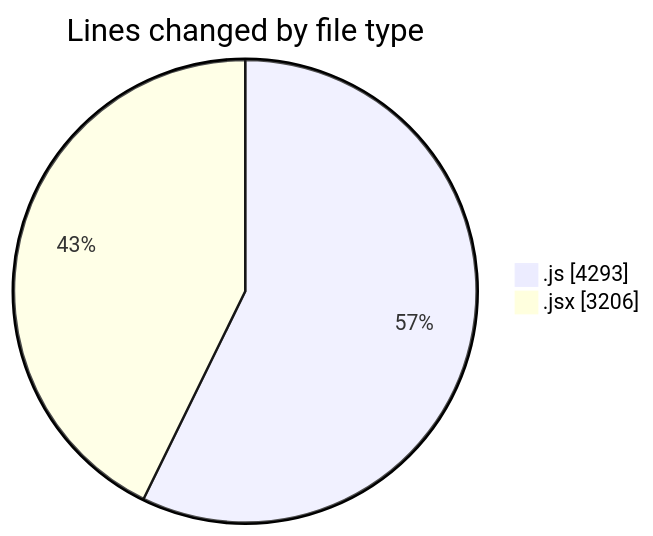
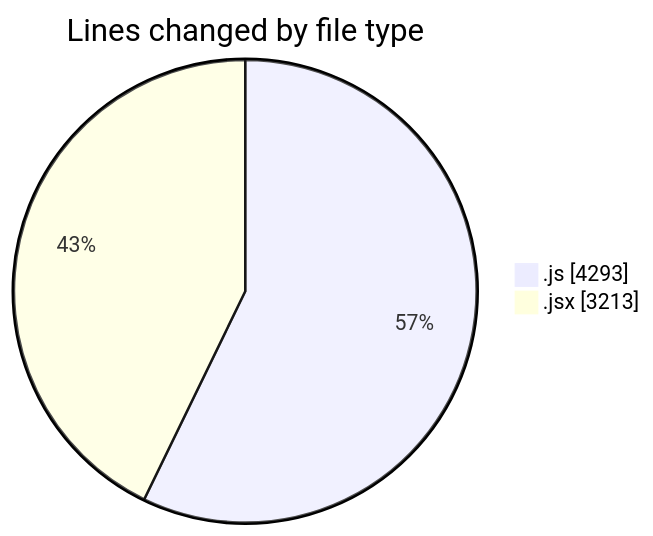
Before and after one commit to nxtqubesakshisongat/code-tracking: the first of 2 diagrams in 2025-12-29/nxtqube_webapp/README.md, drawn with Mermaid. The commit also changed other lines of this file and 1 other file, not shown here.

````diff
--- a/2025-12-29/nxtqube_webapp/README.md
+++ b/2025-12-29/nxtqube_webapp/README.md
@@ -24,6 +24,6 @@
 ```mermaid
 pie showData
 title Lines changed by file type
 ".js" : 4293
-".jsx" : 3206
+".jsx" : 3213
 ```
````
